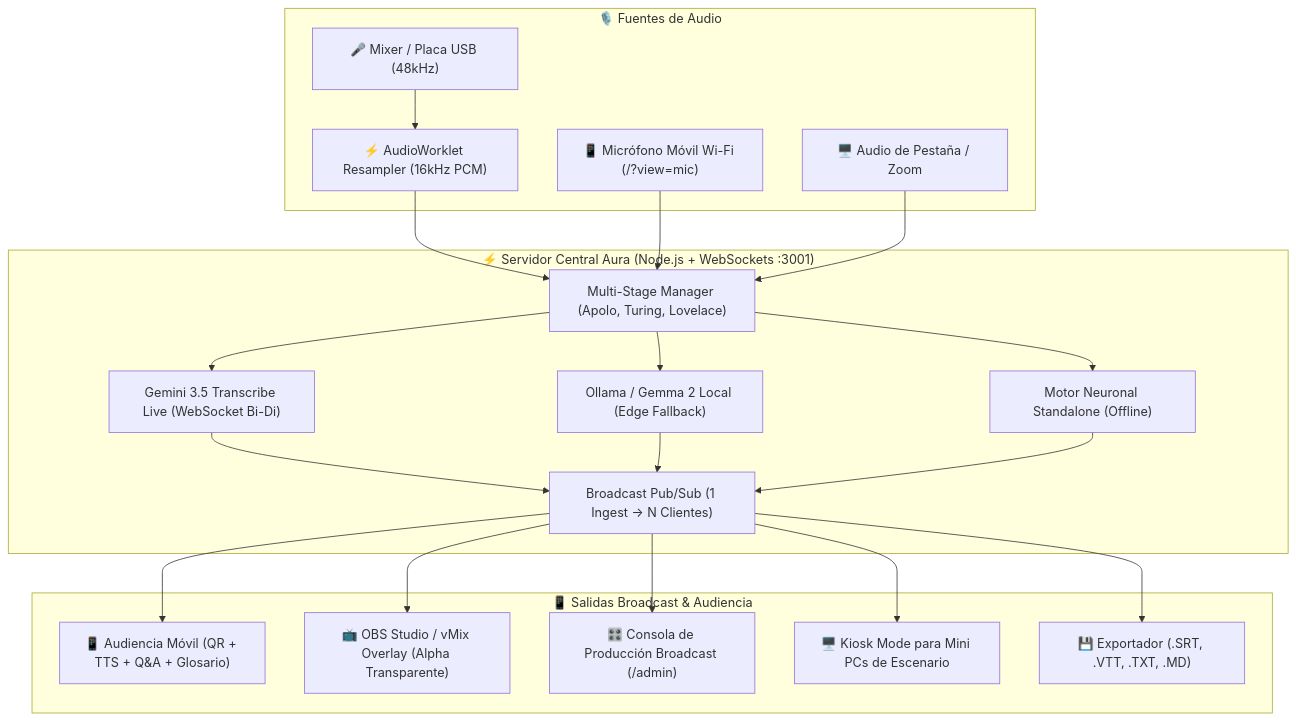
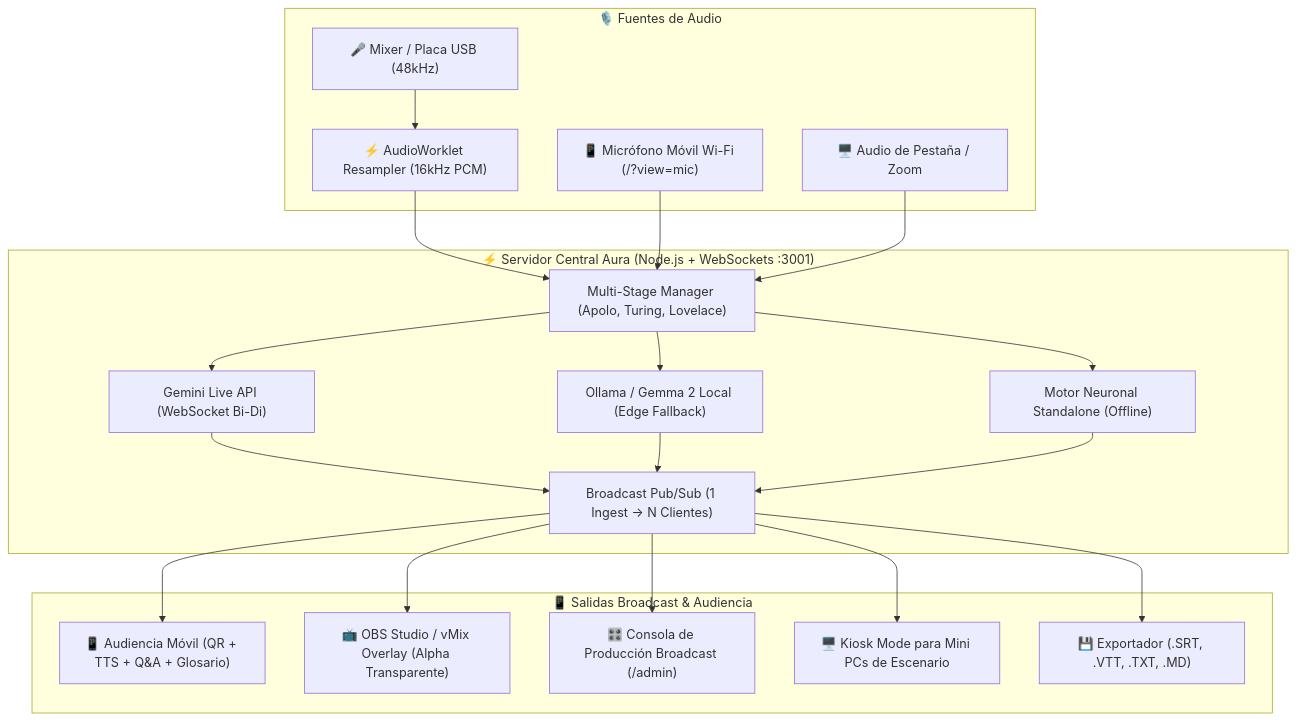
The diagram in README.md (EzeAlfaro/ProjectAura), drawn with Mermaid before and after one commit. The commit also changed other lines of this file and 16 other files, not shown here.

````diff
--- a/README.md
+++ b/README.md
@@ -64,41 +65,41 @@
 ```mermaid
 flowchart TD
     subgraph AudioIngest["🎙️ Fuentes de Audio"]
         Mic["🎤 Mixer / Placa USB (48kHz)"]
         Worklet["⚡ AudioWorklet Resampler (16kHz PCM)"]
         MobileMic["📱 Micrófono Móvil Wi-Fi (/?view=mic)"]
         TabAudio["🖥️ Audio de Pestaña / Zoom"]
         Mic --> Worklet
     end
 
     subgraph CentralServer["⚡ Servidor Central Aura (Node.js + WebSockets :3001)"]
         StageManager["Multi-Stage Manager (Apolo, Turing, Lovelace)"]
-        GeminiLive["Gemini 3.5 Transcribe Live (WebSocket Bi-Di)"]
+        GeminiLive["Gemini Live API (WebSocket Bi-Di)"]
         GemmaEdge["Ollama / Gemma 2 Local (Edge Fallback)"]
         MacroEngine["Motor Neuronal Standalone (Offline)"]
         PubSub["Broadcast Pub/Sub (1 Ingest -> N Clientes)"]
     end
 
     subgraph Distribution["📱 Salidas Broadcast & Audiencia"]
         AudienceApp["📱 Audiencia Móvil (QR + TTS + Q&A + Glosario)"]
         OBS["📺 OBS Studio / vMix Overlay (Alpha Transparente)"]
         Console["🎛️ Consola de Producción Broadcast (/admin)"]
         Kiosk["🖥️ Kiosk Mode para Mini PCs de Escenario"]
         Exporter["💾 Exportador (.SRT, .VTT, .TXT, .MD)"]
     end
 
     Worklet --> StageManager
     MobileMic --> StageManager
     TabAudio --> StageManager
     StageManager --> GeminiLive
     StageManager --> GemmaEdge
     StageManager --> MacroEngine
     GeminiLive --> PubSub
     GemmaEdge --> PubSub
     MacroEngine --> PubSub
     PubSub --> AudienceApp
     PubSub --> OBS
     PubSub --> Console
     PubSub --> Kiosk
     PubSub --> Exporter
 ```
````
